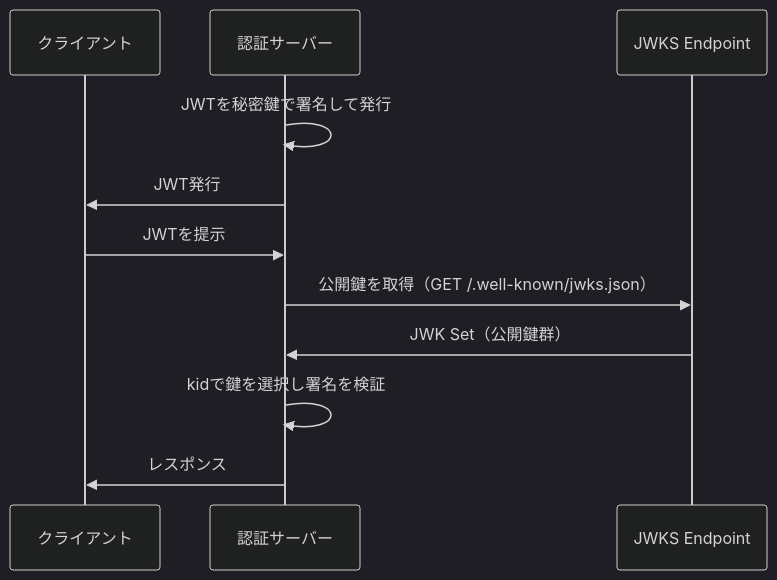
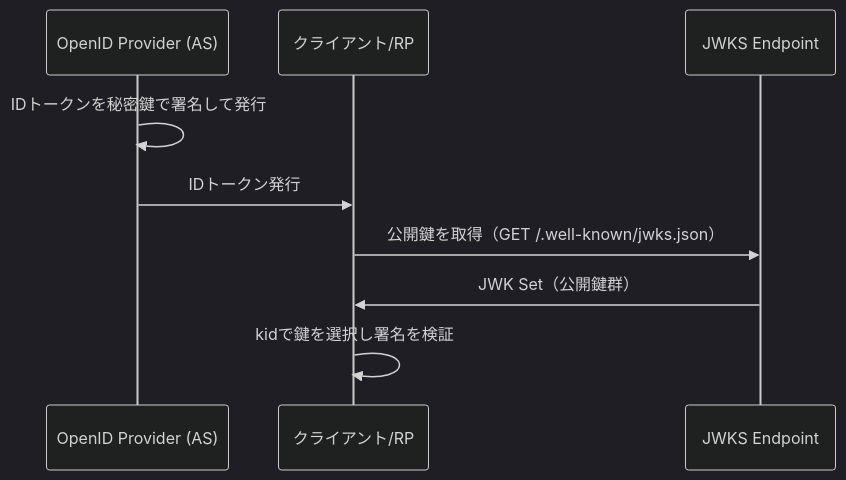
Before and after one commit to nbifrye/idbok: the first of 2 diagrams in docs/specs/rfc7517.md, drawn with Mermaid (dark theme). The commit also changed other lines of this file, not shown here.

Commit message:
review: RFC 7517 (JWK) 記事をレビュー済みに設定
RFC 7517原文と照合し、以下の修正を実施:
- kidの衝突に関する記述を修正（MUST NOT → SHOULD）
- JWKS URIシーケンス図をRPが公開鍵を取得して検証する典型的なOIDCフローに修正

https://claude.ai/code/session_01VPsxEGC9LDhhpeBG4Gqgp3

````diff
--- a/docs/specs/rfc7517.md
+++ b/docs/specs/rfc7517.md
@@ -154,15 +155,13 @@
 ```mermaid
 sequenceDiagram
-    participant Client as クライアント
-    participant AS as 認証サーバー
+    participant OP as OpenID Provider (AS)
+    participant RP as クライアント/RP
     participant JWKS as JWKS Endpoint
 
-    AS->>AS: JWTを秘密鍵で署名して発行
-    AS->>Client: JWT発行
+    OP->>OP: IDトークンを秘密鍵で署名して発行
+    OP->>RP: IDトークン発行
 
-    Client->>AS: JWTを提示
-    AS->>JWKS: 公開鍵を取得（GET /.well-known/jwks.json）
-    JWKS->>AS: JWK Set（公開鍵群）
-    AS->>AS: kidで鍵を選択し署名を検証
-    AS->>Client: レスポンス
+    RP->>JWKS: 公開鍵を取得（GET /.well-known/jwks.json）
+    JWKS->>RP: JWK Set（公開鍵群）
+    RP->>RP: kidで鍵を選択し署名を検証
 ```
````
